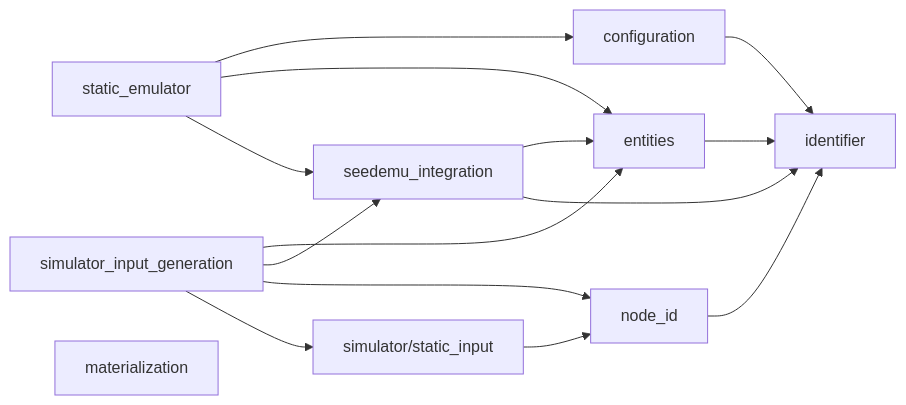
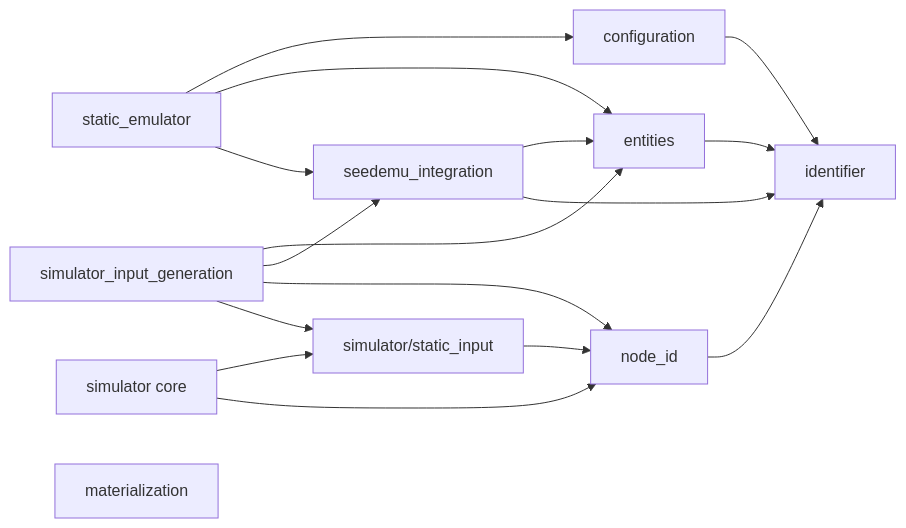
Before and after one commit to seed-labs/skyseed: the first of 8 diagrams in skyseed_v2/docs/architecture/diagrams.md, drawn with Mermaid. The commit also changed other lines of this file and 38 other files, not shown here.

Commit message:
Converge Simulator slice 1 architecture

````diff
--- a/skyseed_v2/docs/architecture/diagrams.md
+++ b/skyseed_v2/docs/architecture/diagrams.md
@@ -10,26 +10,29 @@
 ```mermaid
 flowchart LR
     ENT[entities]
     SEED[seedemu_integration]
     INPUT[simulator/static_input]
+    CORE[simulator core]
     CONFIG[configuration]
     CREATE[static_emulator]
     GENERATE[simulator_input_generation]
     MAT[materialization]
     NODEID[node_id]
     ID[identifier]
 
     SEED --> ENT
     ENT --> ID
     SEED --> ID
     NODEID --> ID
     INPUT --> NODEID
+    CORE --> INPUT
+    CORE --> NODEID
     CONFIG --> ID
     CREATE --> CONFIG
     CREATE --> ENT
     CREATE --> SEED
     GENERATE --> ENT
     GENERATE --> SEED
     GENERATE --> NODEID
     GENERATE --> INPUT
 ```
````
